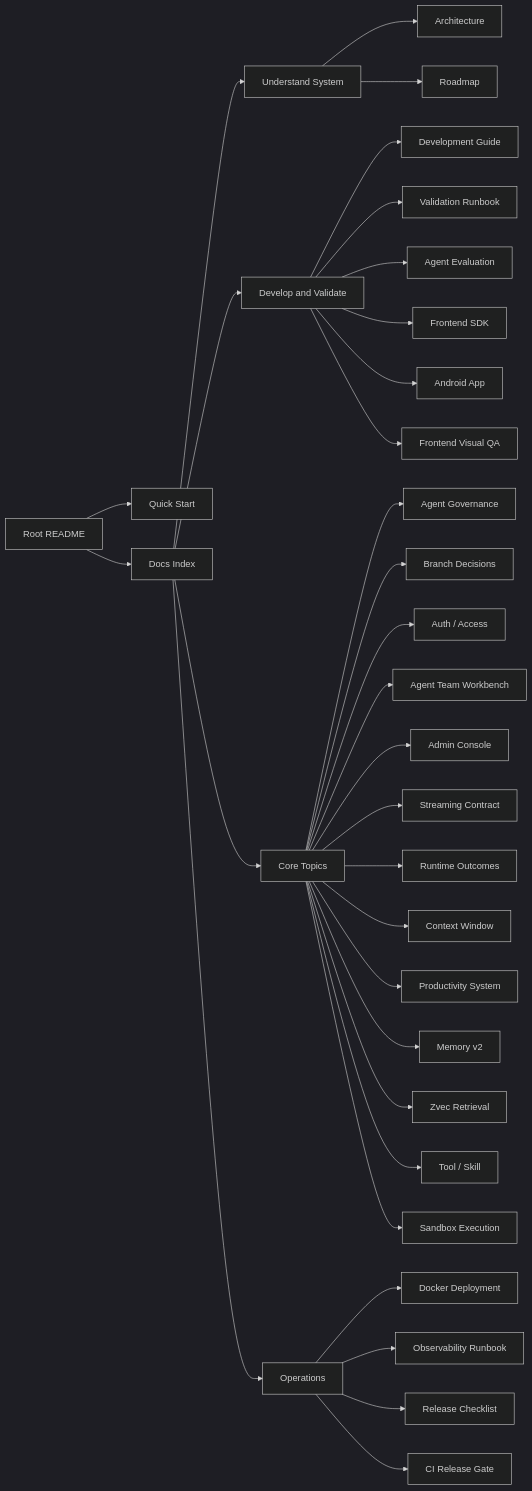
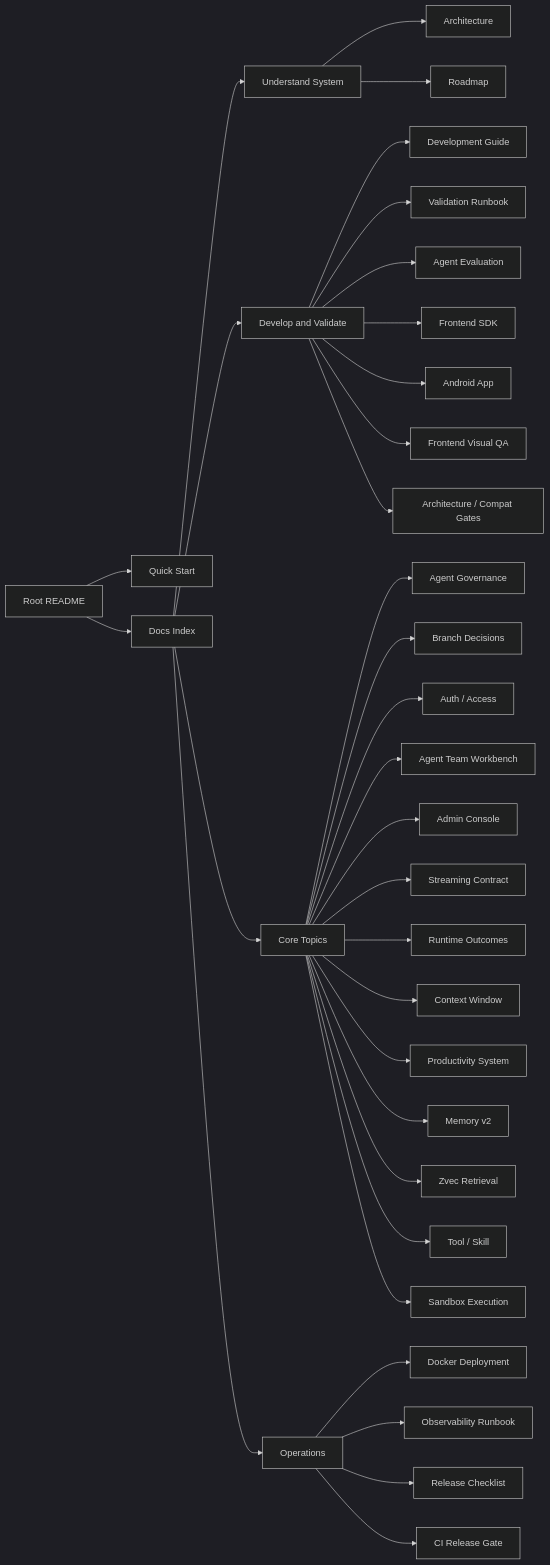
Before and after one commit to William-zgx/focus-agent: the diagram in docs/README.md, drawn with Mermaid (dark theme). The commit also changed other lines of this file and 28 other files, not shown here.

````diff
--- a/docs/README.md
+++ b/docs/README.md
@@ -9,34 +9,35 @@
 ```mermaid
 flowchart LR
     README["Root README"] --> Quick["Quick Start"]
     README --> Docs["Docs Index"]
     Docs --> Understand["Understand System"]
     Docs --> Develop["Develop and Validate"]
     Docs --> Topics["Core Topics"]
     Docs --> Ops["Operations"]
     Understand --> Architecture["Architecture"]
     Understand --> Roadmap["Roadmap"]
     Develop --> DevGuide["Development Guide"]
     Develop --> Validation["Validation Runbook"]
     Develop --> EvalGuide["Agent Evaluation"]
     Develop --> SDK["Frontend SDK"]
     Develop --> Android["Android App"]
     Develop --> FrontendQA["Frontend Visual QA"]
+    Develop --> Debt["Architecture / Compat Gates"]
     Topics --> Governance["Agent Governance"]
     Topics --> BranchDecision["Branch Decisions"]
     Topics --> AuthAccess["Auth / Access"]
     Topics --> AgentTeam["Agent Team Workbench"]
     Topics --> Admin["Admin Console"]
     Topics --> Streaming["Streaming Contract"]
     Topics --> Outcomes["Runtime Outcomes"]
     Topics --> ContextWindow["Context Window"]
     Topics --> Productivity["Productivity System"]
     Topics --> Memory["Memory v2"]
     Topics --> Retrieval["Zvec Retrieval"]
     Topics --> Tools["Tool / Skill"]
     Topics --> Sandbox["Sandbox Execution"]
     Ops --> Docker["Docker Deployment"]
     Ops --> Observability["Observability Runbook"]
     Ops --> Release["Release Checklist"]
     Ops --> CIGate["CI Release Gate"]
 ```
````
